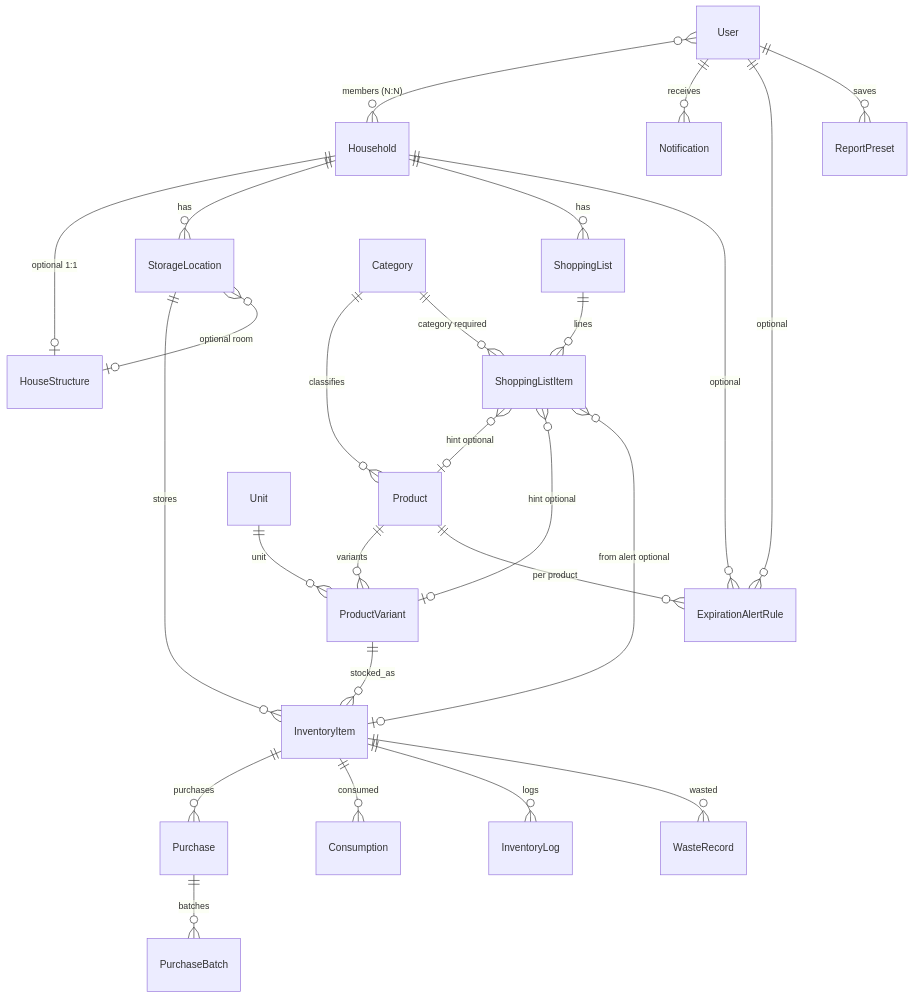
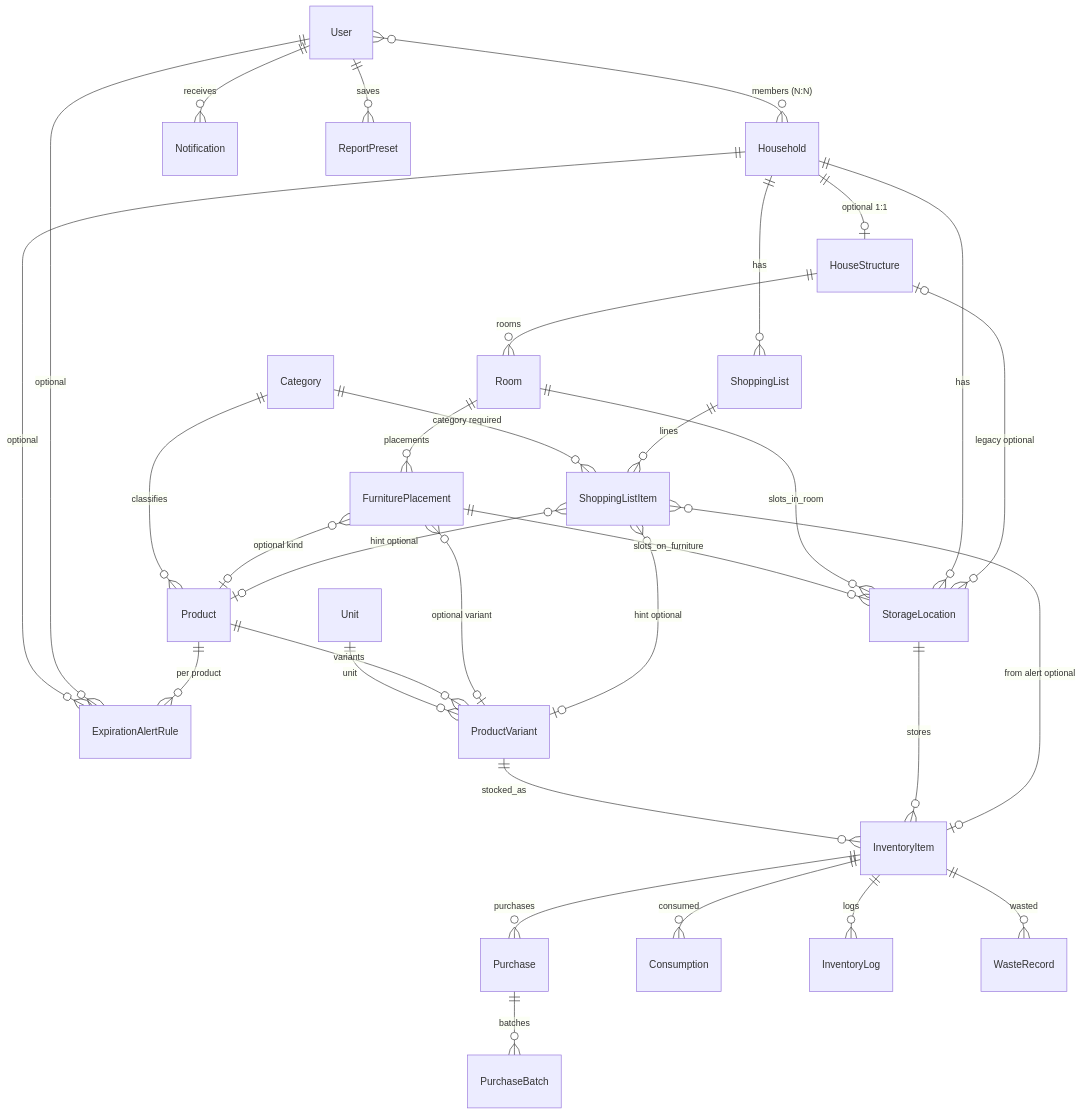
The diagram in docs/er-diagram.md (wukdddang/home-inventory-manager), drawn with Mermaid before and after one commit. The commit also changed other lines of this file and 4 other files, not shown here.

````diff
--- a/docs/er-diagram.md
+++ b/docs/er-diagram.md
@@ -91,34 +97,40 @@
 ```mermaid
 erDiagram
     User }o--o{ Household : "members (N:N)"
 
     Household ||--o| HouseStructure : "optional 1:1"
+    HouseStructure ||--o{ Room : rooms
+    Room ||--o{ FurniturePlacement : placements
+    FurniturePlacement ||--o{ StorageLocation : slots_on_furniture
+    Room ||--o{ StorageLocation : slots_in_room
     Household ||--o{ StorageLocation : has
     Household ||--o{ ShoppingList : has
     Household ||--o{ ExpirationAlertRule : "optional"
 
     User ||--o{ Notification : receives
     User ||--o{ ExpirationAlertRule : "optional"
     User ||--o{ ReportPreset : saves
 
     Category ||--o{ Product : classifies
 
     Unit ||--o{ ProductVariant : unit
     Product ||--o{ ProductVariant : variants
     Product ||--o{ ExpirationAlertRule : "per product"
     ProductVariant ||--o{ InventoryItem : stocked_as
     StorageLocation ||--o{ InventoryItem : stores
-    StorageLocation }o--o| HouseStructure : "optional room"
+    StorageLocation }o--o| HouseStructure : "legacy optional"
+    FurniturePlacement }o--o| Product : "optional kind"
+    FurniturePlacement }o--o| ProductVariant : "optional variant"
 
     InventoryItem ||--o{ Purchase : purchases
     Purchase ||--o{ PurchaseBatch : batches
     InventoryItem ||--o{ Consumption : consumed
     InventoryItem ||--o{ InventoryLog : logs
     InventoryItem ||--o{ WasteRecord : wasted
 
     Category ||--o{ ShoppingListItem : "category required"
     ShoppingList ||--o{ ShoppingListItem : lines
     ShoppingListItem }o--o| Product : "hint optional"
     ShoppingListItem }o--o| ProductVariant : "hint optional"
     ShoppingListItem }o--o| InventoryItem : "from alert optional"
 ```
````
